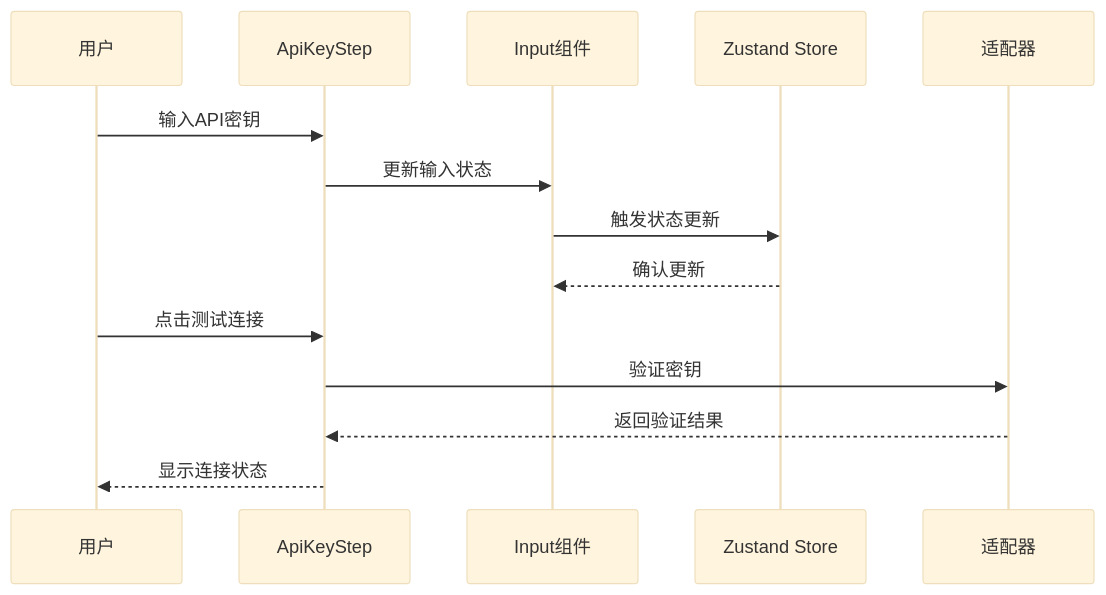
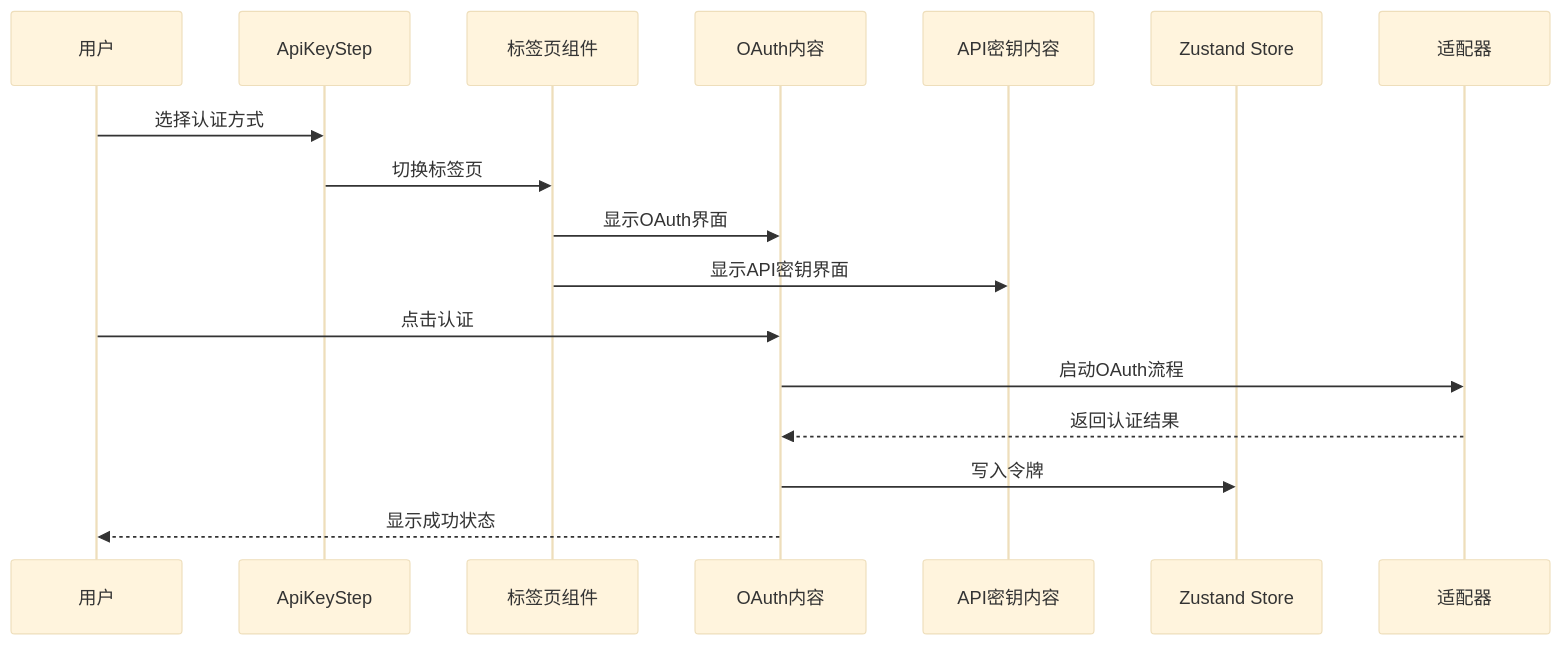
Before and after one commit to verse-ai-org/openclaw: the tenth of 15 diagrams in .qoder/repowiki/zh/content/设置向导UI组件.md, drawn with Mermaid (base theme). The commit also changed other lines of this file and 24 other files, not shown here.

````diff
--- a/.qoder/repowiki/zh/content/设置向导UI组件.md
+++ b/.qoder/repowiki/zh/content/设置向导UI组件.md
@@ -467,16 +441,19 @@
 ```mermaid
 sequenceDiagram
 participant User as 用户
 participant ApiKeyStep as ApiKeyStep
-participant Input as Input组件
+participant Tabs as 标签页组件
+participant OAuthContent as OAuth内容
+participant ApiKeyContent as API密钥内容
 participant Store as Zustand Store
 participant Adapter as 适配器
-User->>ApiKeyStep : 输入API密钥
-ApiKeyStep->>Input : 更新输入状态
-Input->>Store : 触发状态更新
-Store-->>Input : 确认更新
-User->>ApiKeyStep : 点击测试连接
-ApiKeyStep->>Adapter : 验证密钥
-Adapter-->>ApiKeyStep : 返回验证结果
-ApiKeyStep-->>User : 显示连接状态
+User->>ApiKeyStep : 选择认证方式
+ApiKeyStep->>Tabs : 切换标签页
+Tabs->>OAuthContent : 显示OAuth界面
+Tabs->>ApiKeyContent : 显示API密钥界面
+User->>OAuthContent : 点击认证
+OAuthContent->>Adapter : 启动OAuth流程
+Adapter-->>OAuthContent : 返回认证结果
+OAuthContent->>Store : 写入令牌
+OAuthContent-->>User : 显示成功状态
 ```
````
